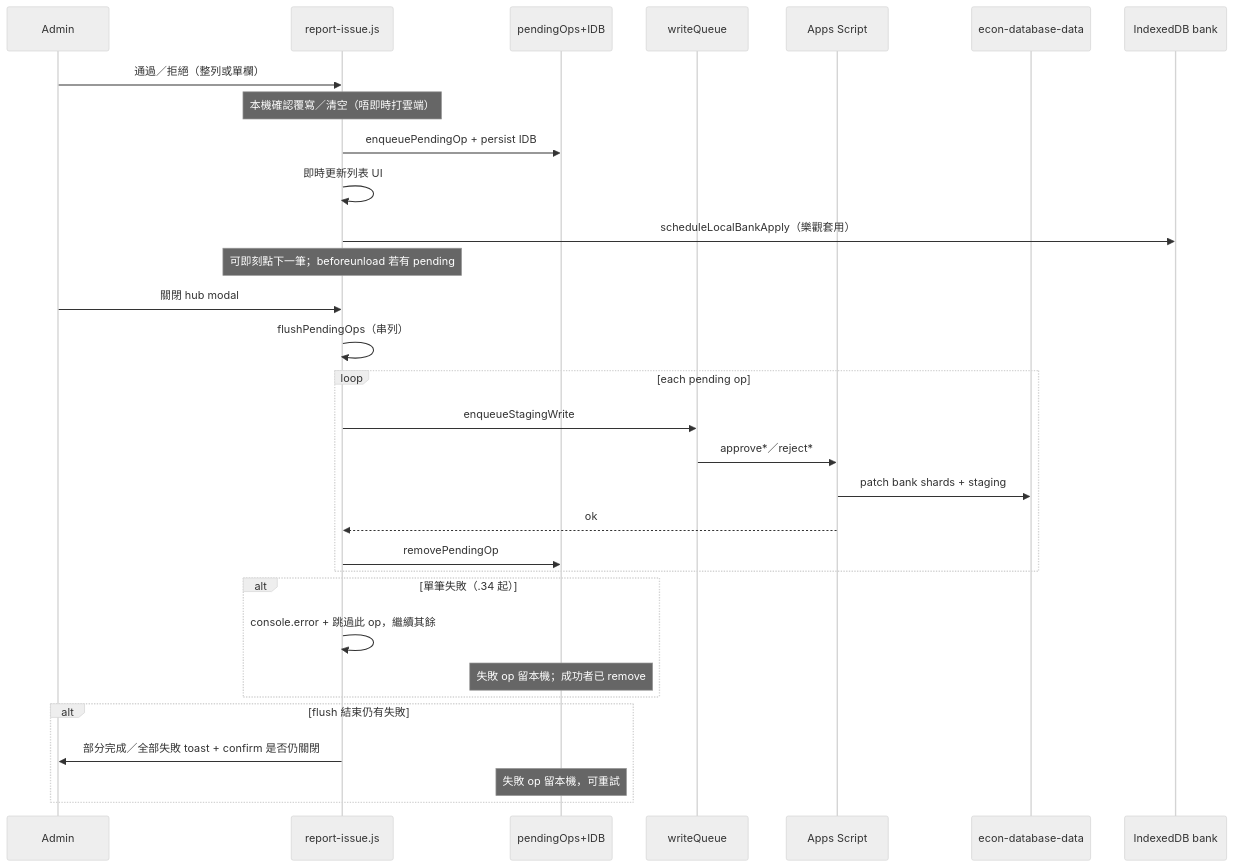
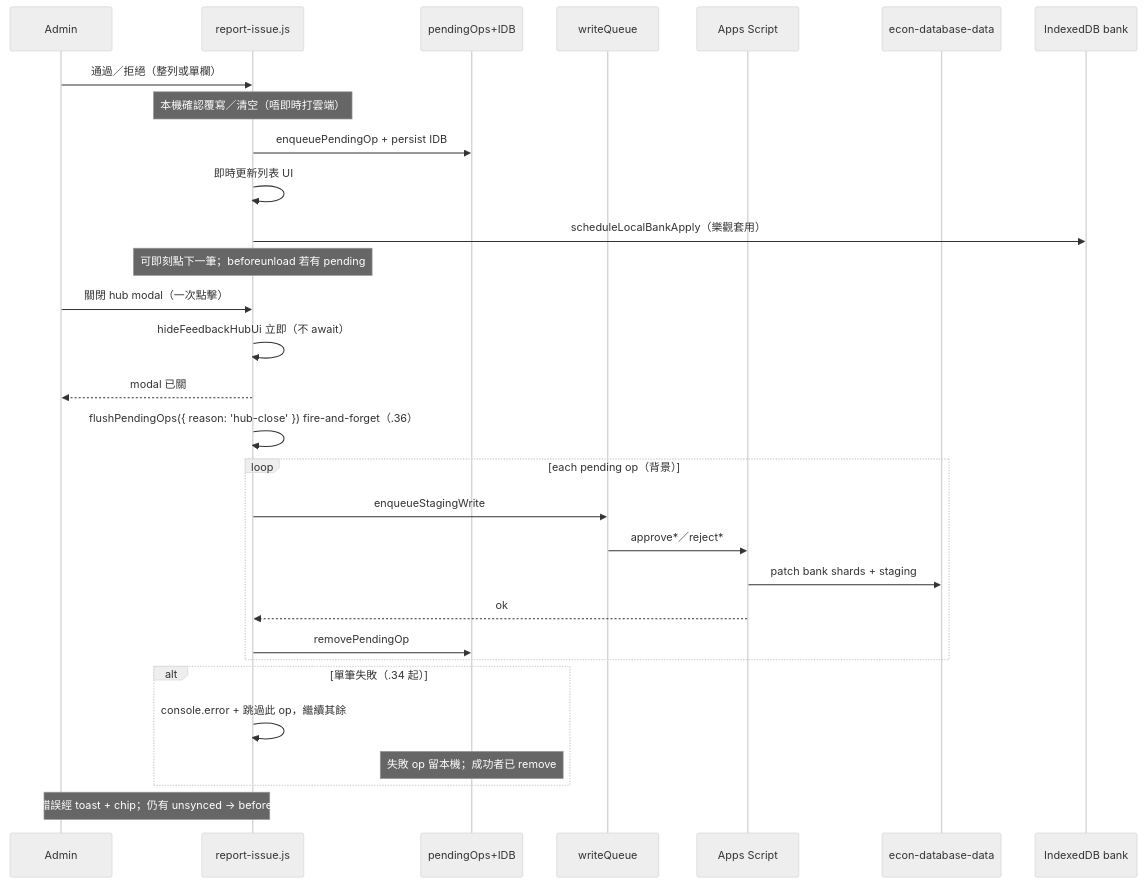
The diagram in js/report-issue.kb.md (OutliersEcon/econ-database2), drawn with Mermaid (neutral theme) before and after one commit. The commit also changed other lines of this file and 4 other files, not shown here.

First line of the commit message:
fix(hub): close feedback modal without awaiting flush (.36)

````diff
--- a/js/report-issue.kb.md
+++ b/js/report-issue.kb.md
@@ -12,35 +12,34 @@
 ```mermaid
 sequenceDiagram
   participant Admin
   participant Hub as report-issue.js
   participant Mem as pendingOps+IDB
   participant Q as writeQueue
   participant AS as Apps Script
   participant GH as econ-database-data
   participant BankIDB as IndexedDB bank
 
   Admin->>Hub: 通過／拒絕（整列或單欄）
   Note over Hub: 本機確認覆寫／清空（唔即時打雲端）
   Hub->>Mem: enqueuePendingOp + persist IDB
   Hub->>Hub: 即時更新列表 UI
   Hub->>BankIDB: scheduleLocalBankApply（樂觀套用）
   Note over Hub: 可即刻點下一筆；beforeunload 若有 pending
 
-  Admin->>Hub: 關閉 hub modal
-  Hub->>Hub: flushPendingOps（串列）
-  loop each pending op
+  Admin->>Hub: 關閉 hub modal（一次點擊）
+  Hub->>Hub: hideFeedbackHubUi 立即（不 await）
+  Hub-->>Admin: modal 已關
+  Hub->>Hub: flushPendingOps({ reason: 'hub-close' }) fire-and-forget（.36）
+  loop each pending op（背景）
     Hub->>Q: enqueueStagingWrite
     Q->>AS: approve*／reject*
     AS->>GH: patch bank shards + staging
     AS-->>Hub: ok
     Hub->>Mem: removePendingOp
   end
   alt 單筆失敗（.34 起）
     Hub->>Hub: console.error + 跳過此 op，繼續其餘
     Note over Mem: 失敗 op 留本機；成功者已 remove
   end
-  alt flush 結束仍有失敗
-    Hub->>Admin: 部分完成／全部失敗 toast + confirm 是否仍關閉
-    Note over Mem: 失敗 op 留本機，可重試
-  end
+  Note over Admin,Hub: 進度／錯誤經 toast + chip；仍有 unsynced → beforeunload
 ```
````
